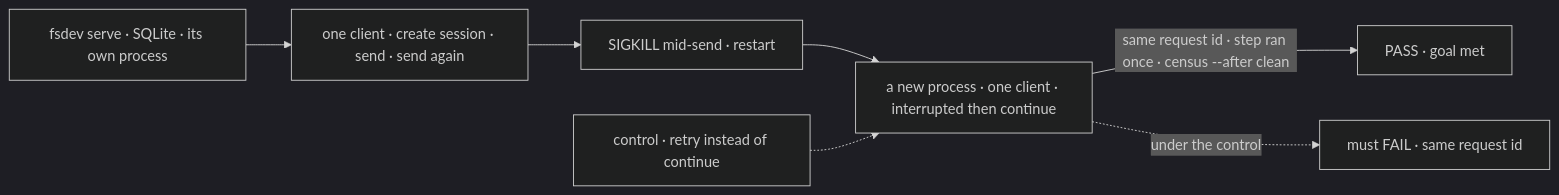
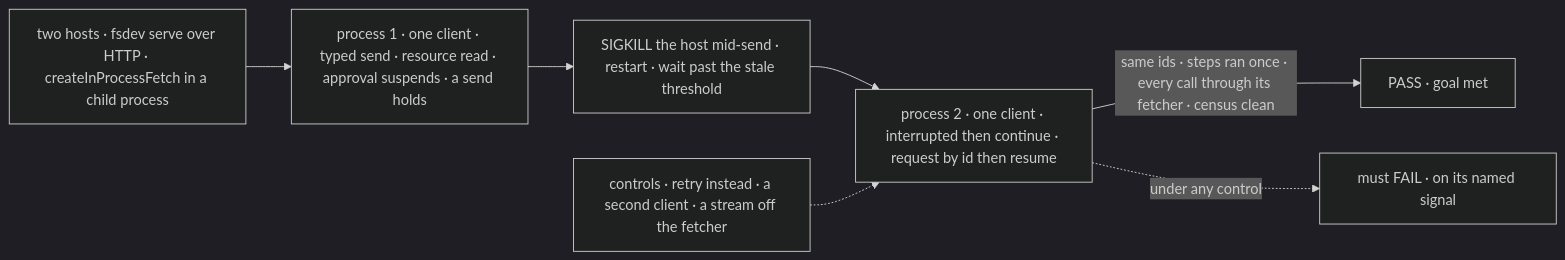
Before and after one commit to fixpoint-labs/flow-state-dev: the first of 2 diagrams in specs/issues/FIX-2162/SPEC.md, drawn with Mermaid (dark theme). The commit also changed other lines of this file and 5 other files, not shown here.

First line of the commit message:
spec(FIX-2162): one client over HTTP or in-process; recovery reads, census widened

````diff
--- a/specs/issues/FIX-2162/SPEC.md
+++ b/specs/issues/FIX-2162/SPEC.md
@@ -31,9 +33,9 @@
 ```mermaid
 flowchart LR
-  H["fsdev serve · SQLite · its own process"] --> A["one client · create session · send · send again"]
-  A --> K["SIGKILL mid-send · restart"]
-  K --> C["a new process · one client · interrupted then continue"]
-  C -->|"same request id · step ran once · census --after clean"| P["PASS · goal met"]
-  X["control · retry instead of continue"] -.-> C
-  C -.->|"under the control"| F["must FAIL · same request id"]
+  H["two hosts · fsdev serve over HTTP · createInProcessFetch in a child process"] --> A["process 1 · one client · typed send · resource read · approval suspends · a send holds"]
+  A --> K["SIGKILL the host mid-send · restart · wait past the stale threshold"]
+  K --> C["process 2 · one client · interrupted then continue · request by id then resume"]
+  C -->|"same ids · steps ran once · every call through its fetcher · census clean"| P["PASS · goal met"]
+  X["controls · retry instead · a second client · a stream off the fetcher"] -.-> C
+  C -.->|"under any control"| F["must FAIL · on its named signal"]
 ```
````
